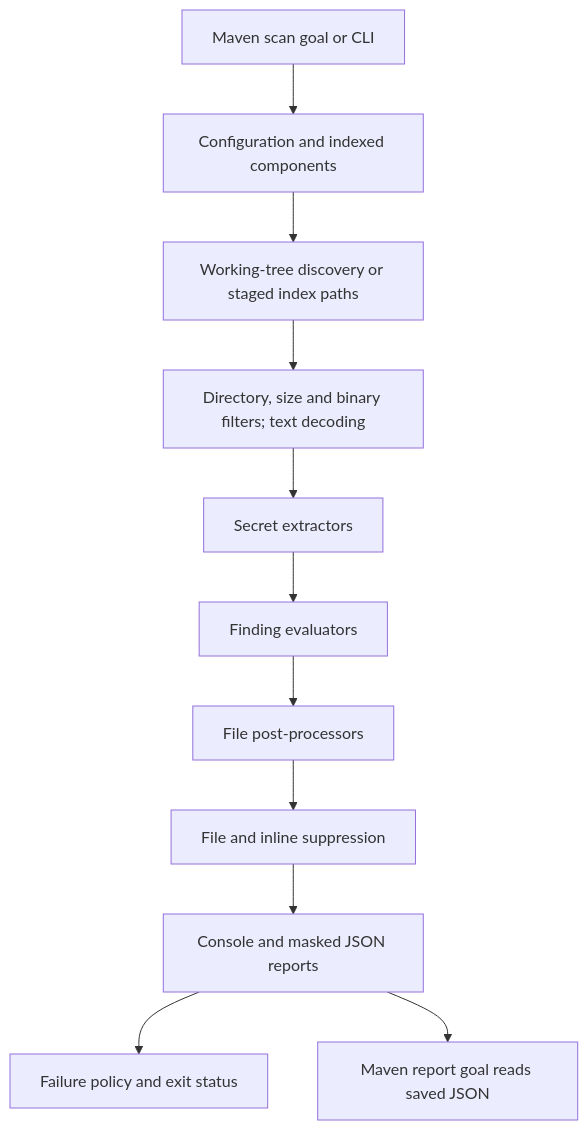
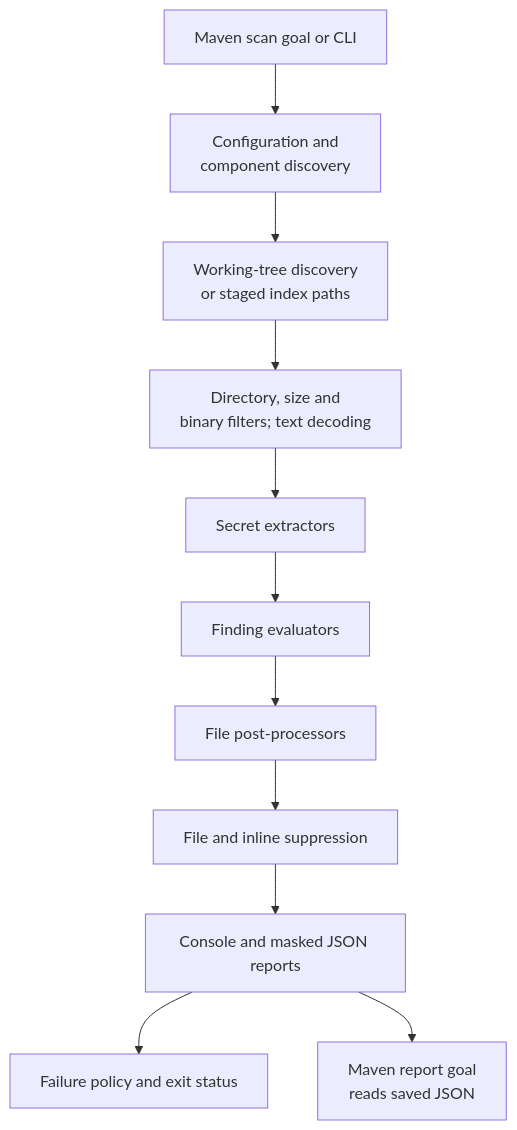
Before and after one commit to Ashfaq-Riyaldeen/facepalm-maven-plugin: the diagram in docs/architecture.md, drawn with Mermaid. The commit also changed other lines of this file and 11 other files, not shown here.

Commit message:
docs: address architecture documentation review

````diff
--- a/docs/architecture.md
+++ b/docs/architecture.md
@@ -15,13 +11,13 @@
 ```mermaid
 flowchart TD
-    A["Maven scan goal or CLI"] --> B["Configuration and indexed components"]
-    B --> C["Working-tree discovery or staged index paths"]
-    C --> D["Directory, size and binary filters; text decoding"]
+    A["Maven scan goal or CLI"] --> B["Configuration and<br/>component discovery"]
+    B --> C["Working-tree discovery<br/>or staged index paths"]
+    C --> D["Directory, size and<br/>binary filters; text decoding"]
     D --> E["Secret extractors"]
     E --> F["Finding evaluators"]
     F --> G["File post-processors"]
     G --> H["File and inline suppression"]
     H --> I["Console and masked JSON reports"]
     I --> J["Failure policy and exit status"]
-    I --> K["Maven report goal reads saved JSON"]
+    I --> K["Maven report goal<br/>reads saved JSON"]
 ```
````
